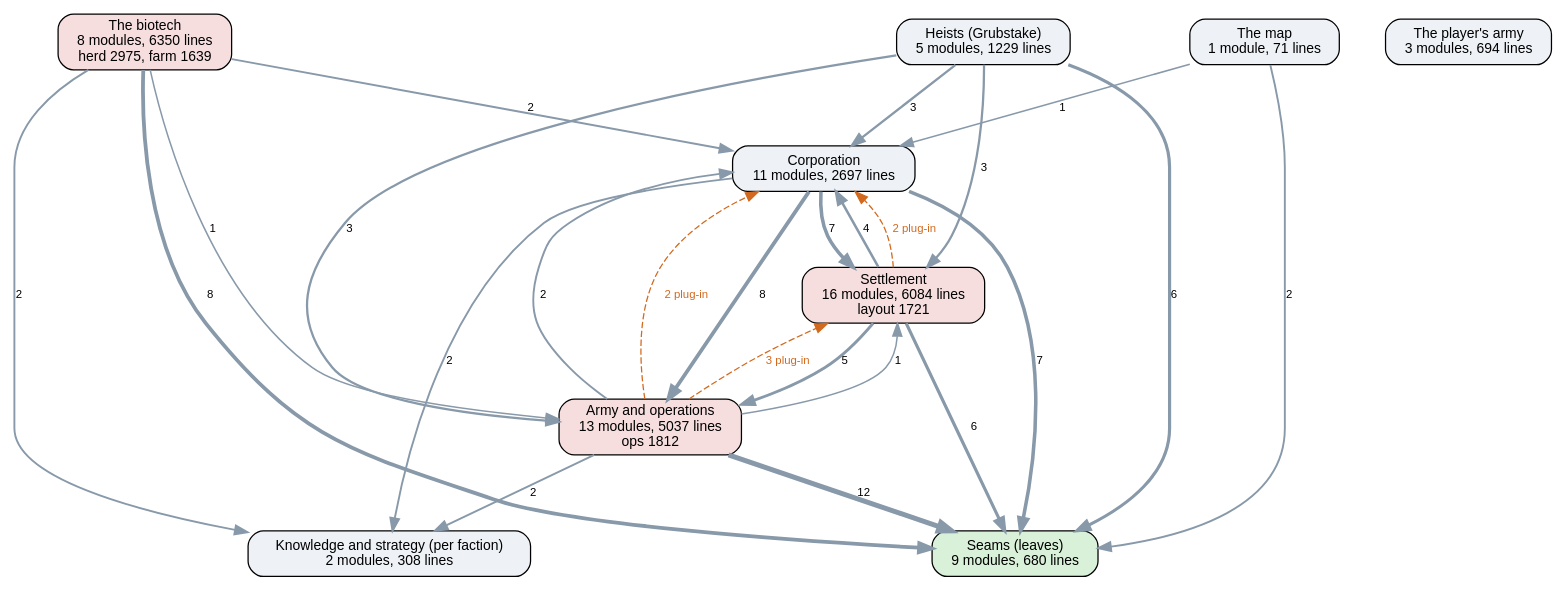
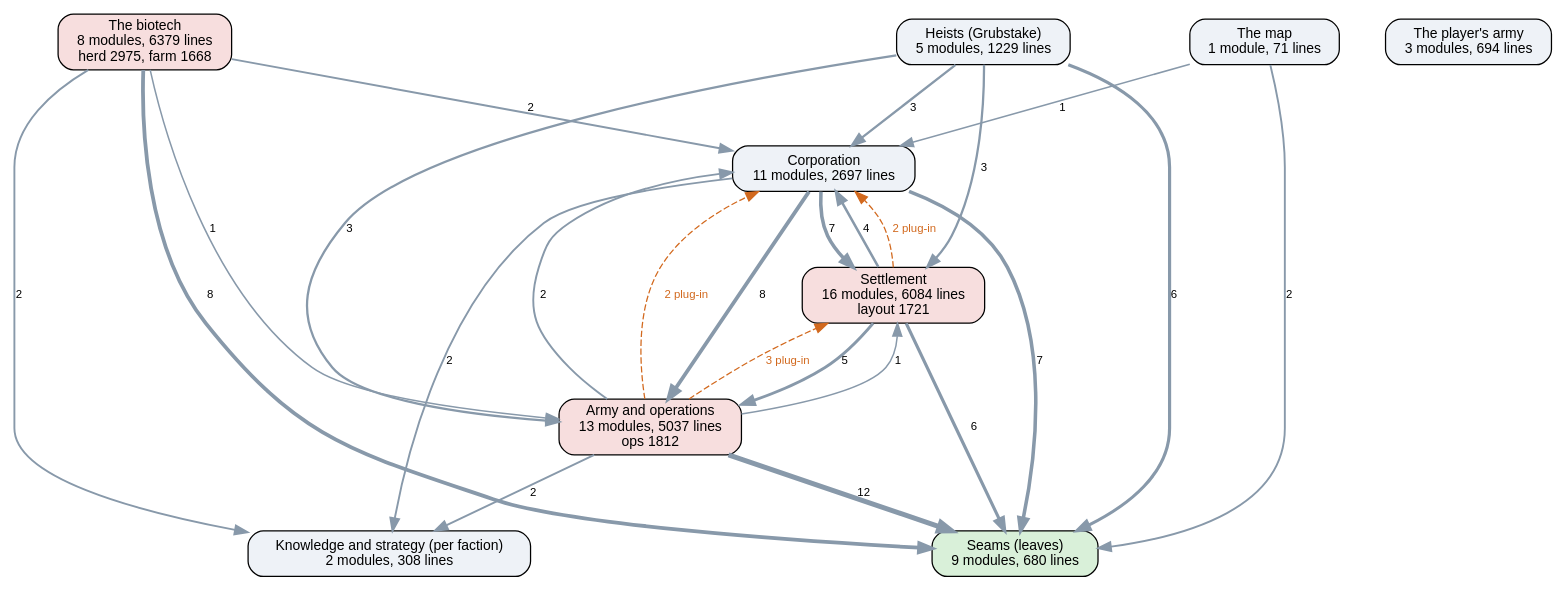
The diagram in docs/ai-layers.dot (kinelhu/landing-party), drawn with Graphviz before and after one commit. The commit also changed 9 other files, not shown here.

```diff
--- a/docs/ai-layers.dot
+++ b/docs/ai-layers.dot
@@ -1,38 +1,38 @@
 digraph layers {
   graph [rankdir=TB, fontname="Helvetica", nodesep=0.5, ranksep=0.7];
   node [shape=box, style="rounded,filled", fontname="Helvetica", fontsize=11, fillcolor="#eef2f7"];
   edge [color="#8899aa", fontname="Helvetica", fontsize=9];
   "Seams (leaves)" [label="Seams (leaves)\n9 modules, 680 lines", fillcolor="#d9f0d9"];
   "Knowledge and strategy (per faction)" [label="Knowledge and strategy (per faction)\n2 modules, 308 lines", fillcolor="#eef2f7"];
   "Corporation" [label="Corporation\n11 modules, 2697 lines", fillcolor="#eef2f7"];
   "Settlement" [label="Settlement\n16 modules, 6084 lines\nlayout 1721", fillcolor="#f7dede"];
   "Army and operations" [label="Army and operations\n13 modules, 5037 lines\nops 1812", fillcolor="#f7dede"];
   "Heists (Grubstake)" [label="Heists (Grubstake)\n5 modules, 1229 lines", fillcolor="#eef2f7"];
-  "The biotech" [label="The biotech\n8 modules, 6350 lines\nherd 2975, farm 1639", fillcolor="#f7dede"];
+  "The biotech" [label="The biotech\n8 modules, 6379 lines\nherd 2975, farm 1668", fillcolor="#f7dede"];
   "The map" [label="The map\n1 module, 71 lines", fillcolor="#eef2f7"];
   "The player's army" [label="The player's army\n3 modules, 694 lines", fillcolor="#eef2f7"];
   "Army and operations" -> "Corporation" [label="2", penwidth=1.5];
   "Army and operations" -> "Knowledge and strategy (per faction)" [label="2", penwidth=1.5];
   "Army and operations" -> "Seams (leaves)" [label="12", penwidth=4.0];
   "Army and operations" -> "Settlement" [label="1", penwidth=1.2];
   "Corporation" -> "Army and operations" [label="8", penwidth=3.0];
   "Corporation" -> "Knowledge and strategy (per faction)" [label="2", penwidth=1.5];
   "Corporation" -> "Seams (leaves)" [label="7", penwidth=2.8];
   "Corporation" -> "Settlement" [label="7", penwidth=2.8];
   "Heists (Grubstake)" -> "Army and operations" [label="3", penwidth=1.8];
   "Heists (Grubstake)" -> "Corporation" [label="3", penwidth=1.8];
   "Heists (Grubstake)" -> "Seams (leaves)" [label="6", penwidth=2.5];
   "Heists (Grubstake)" -> "Settlement" [label="3", penwidth=1.8];
   "Settlement" -> "Army and operations" [label="5", penwidth=2.2];
   "Settlement" -> "Corporation" [label="4", penwidth=2.0];
   "Settlement" -> "Seams (leaves)" [label="6", penwidth=2.5];
   "The biotech" -> "Army and operations" [label="1", penwidth=1.2];
   "The biotech" -> "Corporation" [label="2", penwidth=1.5];
   "The biotech" -> "Knowledge and strategy (per faction)" [label="2", penwidth=1.5];
   "The biotech" -> "Seams (leaves)" [label="8", penwidth=3.0];
   "The map" -> "Corporation" [label="1", penwidth=1.2];
   "The map" -> "Seams (leaves)" [label="2", penwidth=1.5];
   "Army and operations" -> "Corporation" [style=dashed, color="#d2691e", fontcolor="#d2691e", label="2 plug-in"];
   "Army and operations" -> "Settlement" [style=dashed, color="#d2691e", fontcolor="#d2691e", label="3 plug-in"];
   "Settlement" -> "Corporation" [style=dashed, color="#d2691e", fontcolor="#d2691e", label="2 plug-in"];
 }
```
